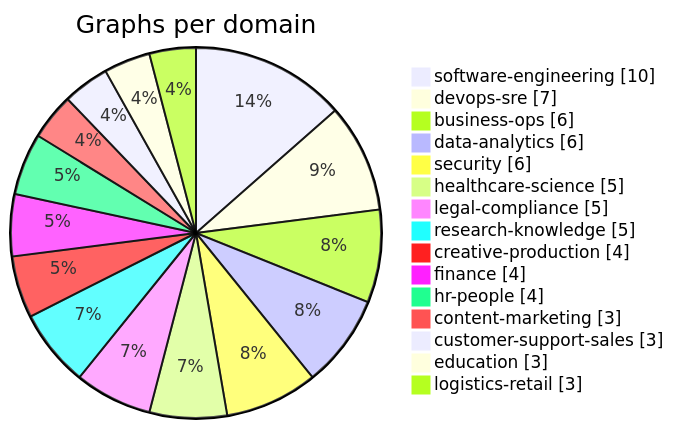
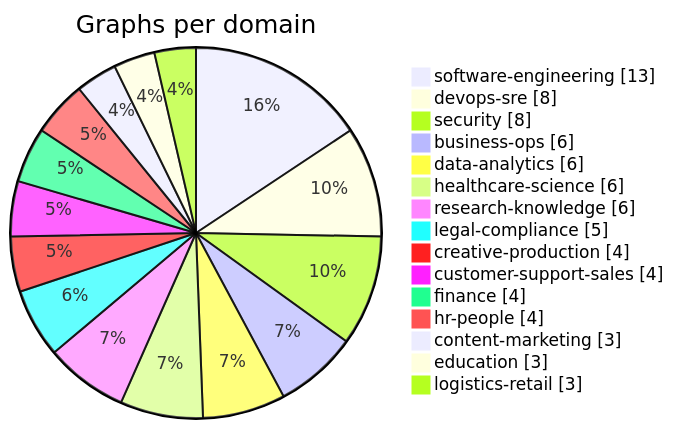
Before and after one commit to ypollak2/agenticgraphs: the third of 3 diagrams in README.md, drawn with Mermaid. The commit also changed other lines of this file and 286 other files, not shown here.

````diff
--- a/README.md
+++ b/README.md
@@ -162,18 +175,18 @@
 ```mermaid
 pie showData title Graphs per domain
-    "software-engineering" : 10
-    "devops-sre" : 7
+    "software-engineering" : 13
+    "devops-sre" : 8
+    "security" : 8
     "business-ops" : 6
     "data-analytics" : 6
-    "security" : 6
-    "healthcare-science" : 5
+    "healthcare-science" : 6
+    "research-knowledge" : 6
     "legal-compliance" : 5
-    "research-knowledge" : 5
     "creative-production" : 4
+    "customer-support-sales" : 4
     "finance" : 4
     "hr-people" : 4
     "content-marketing" : 3
-    "customer-support-sales" : 3
     "education" : 3
     "logistics-retail" : 3
 ```
````
